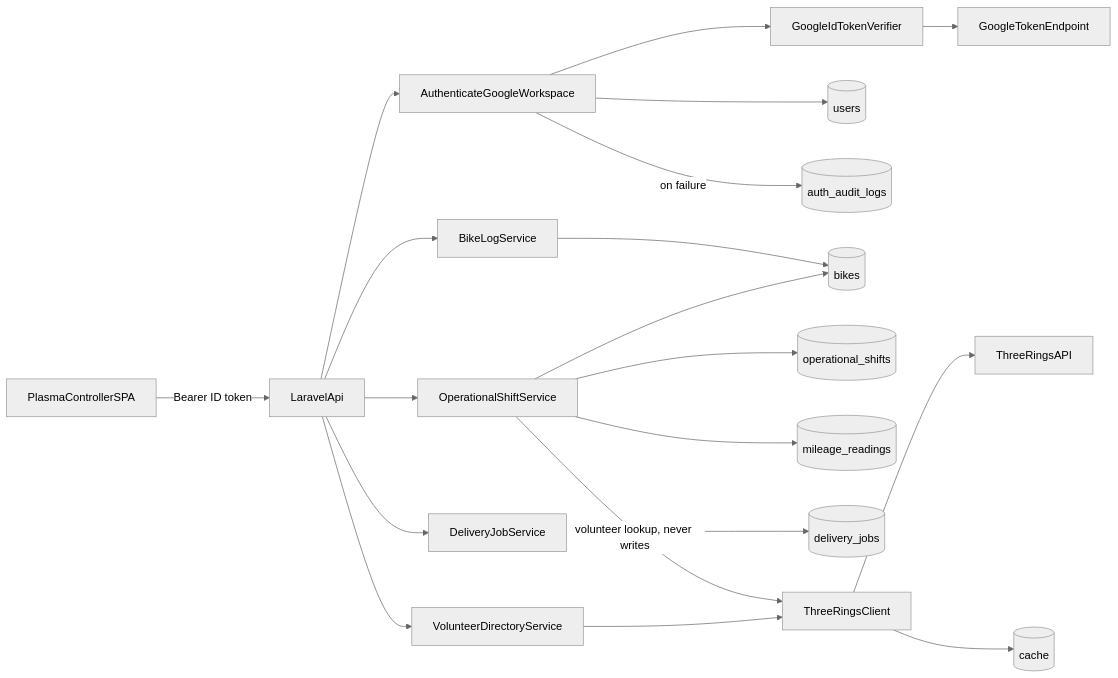
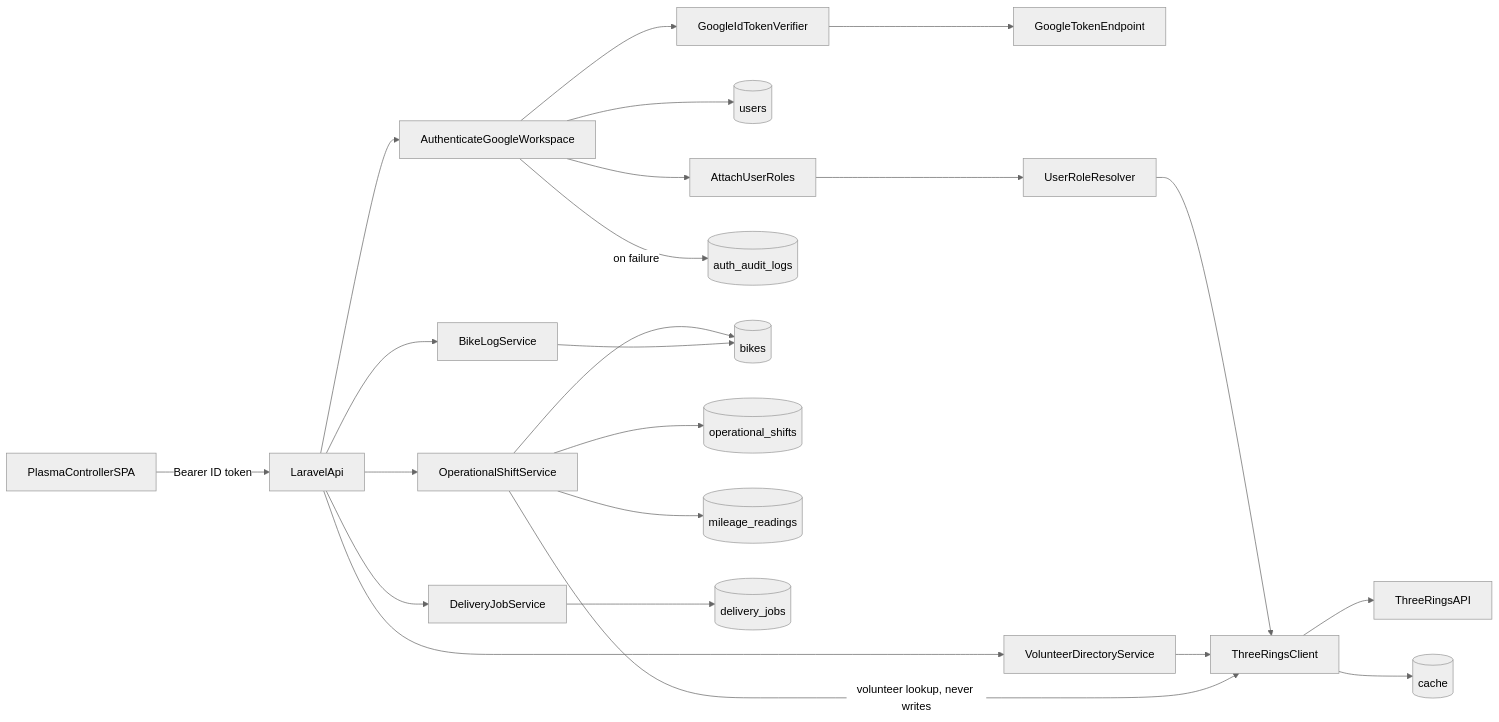
Before and after one commit to blood-bikes-wales/plasma-api: the diagram in docs/technical/architecture.md, drawn with Mermaid (neutral theme). The commit also changed other lines of this file and 3 other files, not shown here.

````diff
--- a/docs/technical/architecture.md
+++ b/docs/technical/architecture.md
@@ -26,22 +28,25 @@
 ```mermaid
 flowchart LR
   Spa[PlasmaControllerSPA] -->|"Bearer ID token"| Api[LaravelApi]
   Api --> AuthMw[AuthenticateGoogleWorkspace]
   AuthMw --> Verifier[GoogleIdTokenVerifier]
   Verifier --> Google[GoogleTokenEndpoint]
   AuthMw --> Users[(users)]
+  AuthMw --> RolesMw[AttachUserRoles]
+  RolesMw --> Resolver[UserRoleResolver]
+  Resolver --> ThreeRingsClient
   AuthMw -->|"on failure"| Audit[(auth_audit_logs)]
   Api --> Shifts[OperationalShiftService]
   Shifts --> Bikes[(bikes)]
   Shifts --> Duty[(operational_shifts)]
   Shifts --> Mileage[(mileage_readings)]
   Api --> Jobs[DeliveryJobService]
   Jobs --> DeliveryJobs[(delivery_jobs)]
   Api --> Directory[VolunteerDirectoryService]
   Api --> BikeLog[BikeLogService]
   BikeLog --> Bikes
   Directory --> ThreeRingsClient
   Shifts -->|"volunteer lookup, never writes"| ThreeRingsClient
   ThreeRingsClient --> ThreeR[ThreeRingsAPI]
   ThreeRingsClient --> Cache[(cache)]
 ```
````
